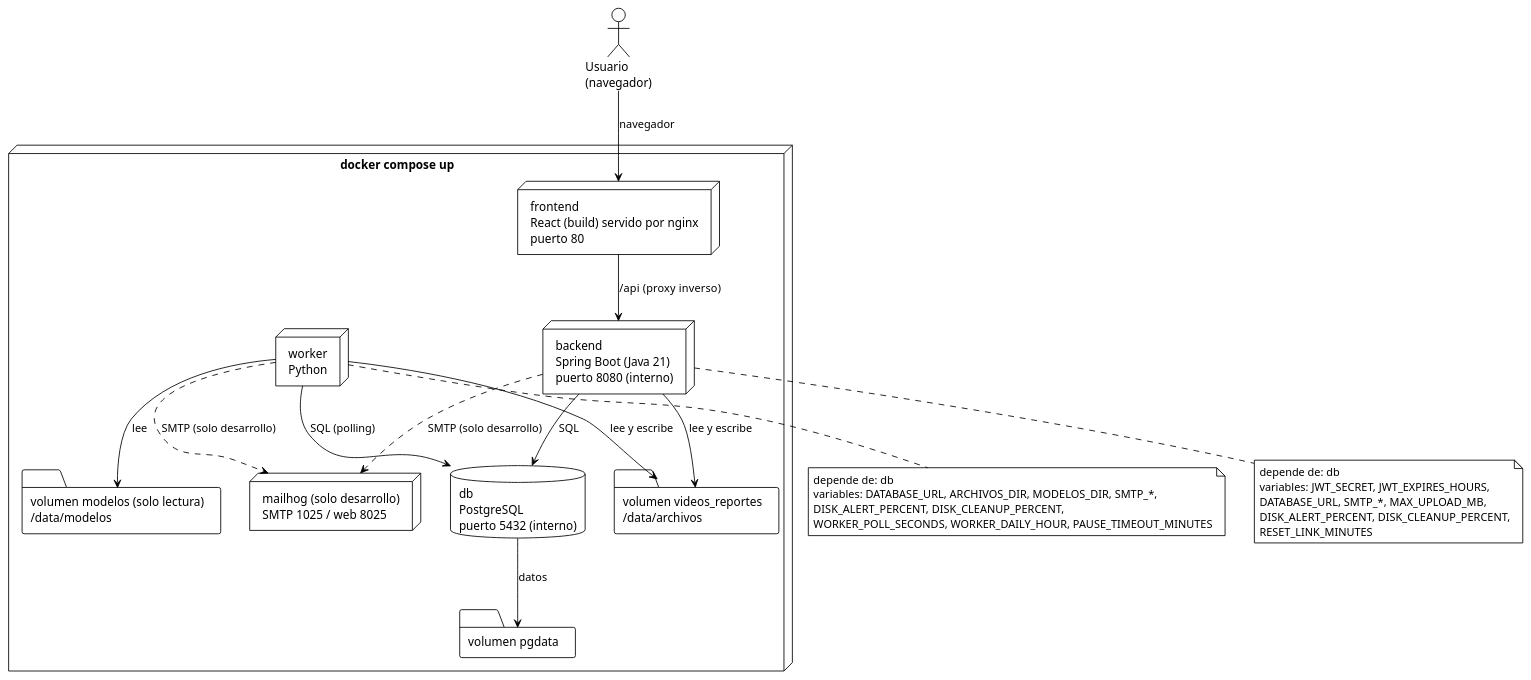
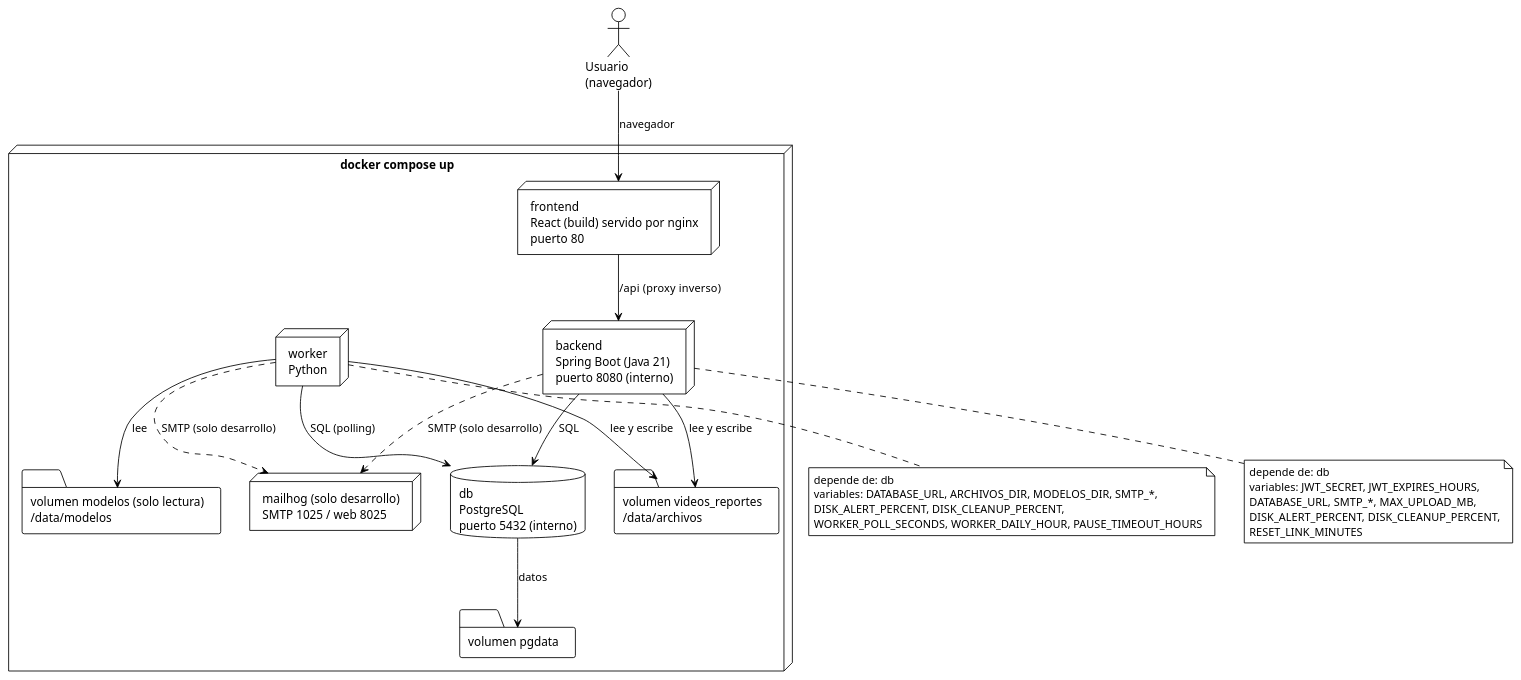
One commit to ErickJester/fst-ai-system-latex changed the diagram in diagramas/guia_web/contenedores_docker.puml. Above: the diagram before and after it, drawn with PlantUML. The commit also changed 34 other files, not shown here.

```diff
--- a/diagramas/guia_web/contenedores_docker.puml
+++ b/diagramas/guia_web/contenedores_docker.puml
@@ -1,45 +1,45 @@
 @startuml contenedores_docker
 !theme plain
 skinparam defaultFontName Arial
 skinparam shadowing false
 skinparam BackgroundColor White
 
 actor "Usuario\n(navegador)" as U
 
 node "docker compose up" {
   node "frontend\nReact (build) servido por nginx\npuerto 80" as fe
   node "backend\nSpring Boot (Java 21)\npuerto 8080 (interno)" as be
   node "worker\nPython" as wk
   database "db\nPostgreSQL\npuerto 5432 (interno)" as db
   node "mailhog (solo desarrollo)\nSMTP 1025 / web 8025" as ml
   folder "volumen videos_reportes\n/data/archivos" as vf
   folder "volumen modelos (solo lectura)\n/data/modelos" as vm
   folder "volumen pgdata" as vp
 }
 
 U --> fe : navegador
 fe --> be : /api  (proxy inverso)
 be --> db : SQL
 wk --> db : SQL (polling)
 be --> vf : lee y escribe
 wk --> vf : lee y escribe
 wk --> vm : lee
 db --> vp : datos
 be ..> ml : SMTP (solo desarrollo)
 wk ..> ml : SMTP (solo desarrollo)
 
 note bottom of be
   depende de: db
   variables: JWT_SECRET, JWT_EXPIRES_HOURS,
   DATABASE_URL, SMTP_*, MAX_UPLOAD_MB,
   DISK_ALERT_PERCENT, DISK_CLEANUP_PERCENT,
   RESET_LINK_MINUTES
 end note
 
 note bottom of wk
   depende de: db
   variables: DATABASE_URL, ARCHIVOS_DIR, MODELOS_DIR, SMTP_*,
   DISK_ALERT_PERCENT, DISK_CLEANUP_PERCENT,
-  WORKER_POLL_SECONDS, WORKER_DAILY_HOUR, PAUSE_TIMEOUT_MINUTES
+  WORKER_POLL_SECONDS, WORKER_DAILY_HOUR, PAUSE_TIMEOUT_HOURS
 end note
 @enduml
```
